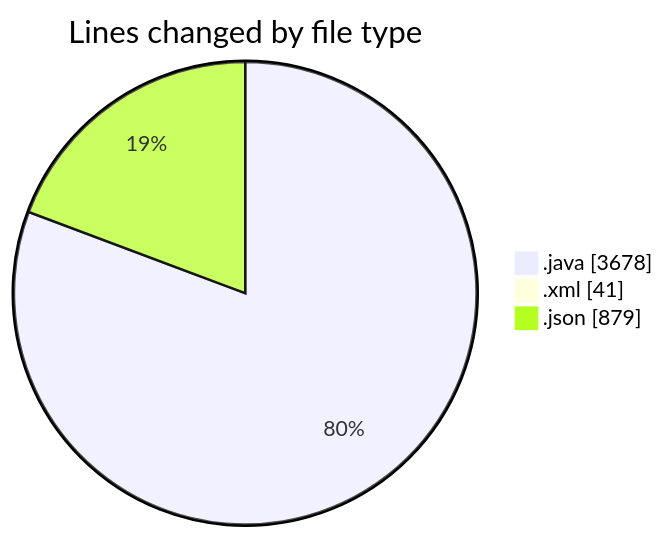
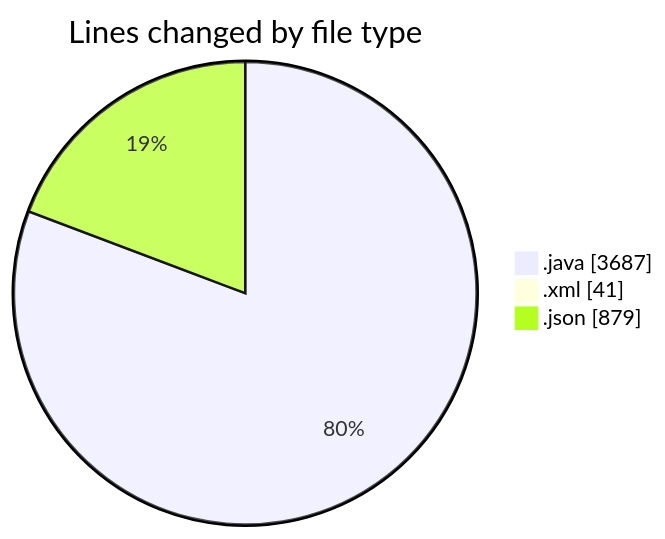
The first of 2 diagrams in 2026-03-10/cilapp/README.md (ricardozamudiocil/code-tracking), drawn with Mermaid before and after one commit. The commit also changed other lines of this file and 1 other file, not shown here.

````diff
--- a/2026-03-10/cilapp/README.md
+++ b/2026-03-10/cilapp/README.md
@@ -23,7 +23,7 @@
 ```mermaid
 pie showData
 title Lines changed by file type
-".java" : 3678
+".java" : 3687
 ".xml" : 41
 ".json" : 879
 ```
````
